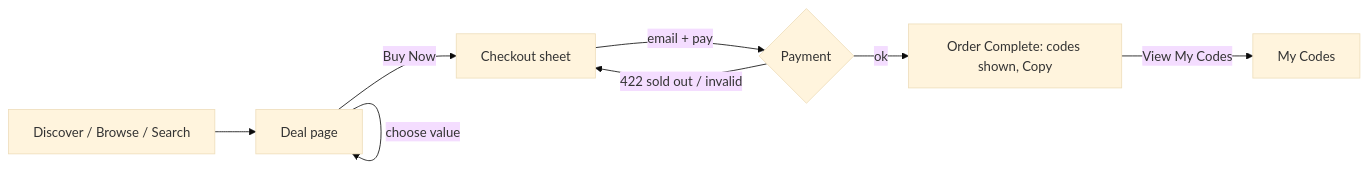
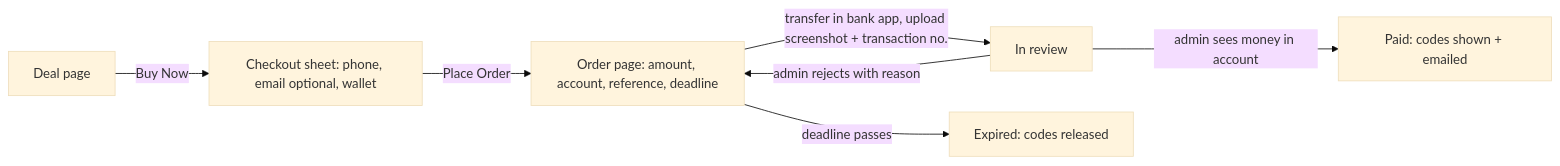
One commit to brock-banks/Eshterakati changed the diagram in docs/UX-SPEC.md. Above: the diagram before and after it, drawn with Mermaid (base theme). The commit also changed other lines of this file and 85 other files, not shown here.

First line of the commit message:
Sudan market: SDG pricing, receipt payments and admin review

````diff
--- a/docs/UX-SPEC.md
+++ b/docs/UX-SPEC.md
@@ -61,10 +64,9 @@
 ```mermaid
 flowchart LR
-  A[Discover / Browse / Search] --> B[Deal page]
-  B -->|choose value| B
-  B -->|Buy Now| C[Checkout sheet]
-  C -->|email + pay| D{Payment}
-  D -->|ok| E[Order Complete: codes shown, Copy]
-  D -->|422 sold out / invalid| C
-  E -->|View My Codes| F[My Codes]
+  A[Deal page] -->|Buy Now| B[Checkout sheet: phone, email optional, wallet]
+  B -->|Place Order| C[Order page: amount, account, reference, deadline]
+  C -->|transfer in bank app, upload screenshot + transaction no.| D[In review]
+  D -->|admin sees money in account| E[Paid: codes shown + emailed]
+  D -->|admin rejects with reason| C
+  C -->|deadline passes| F[Expired: codes released]
 ```
````
